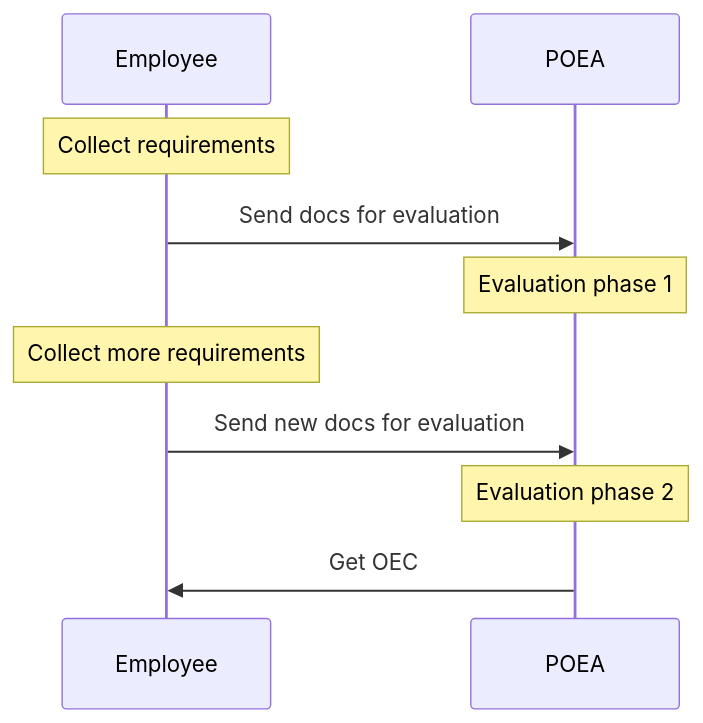
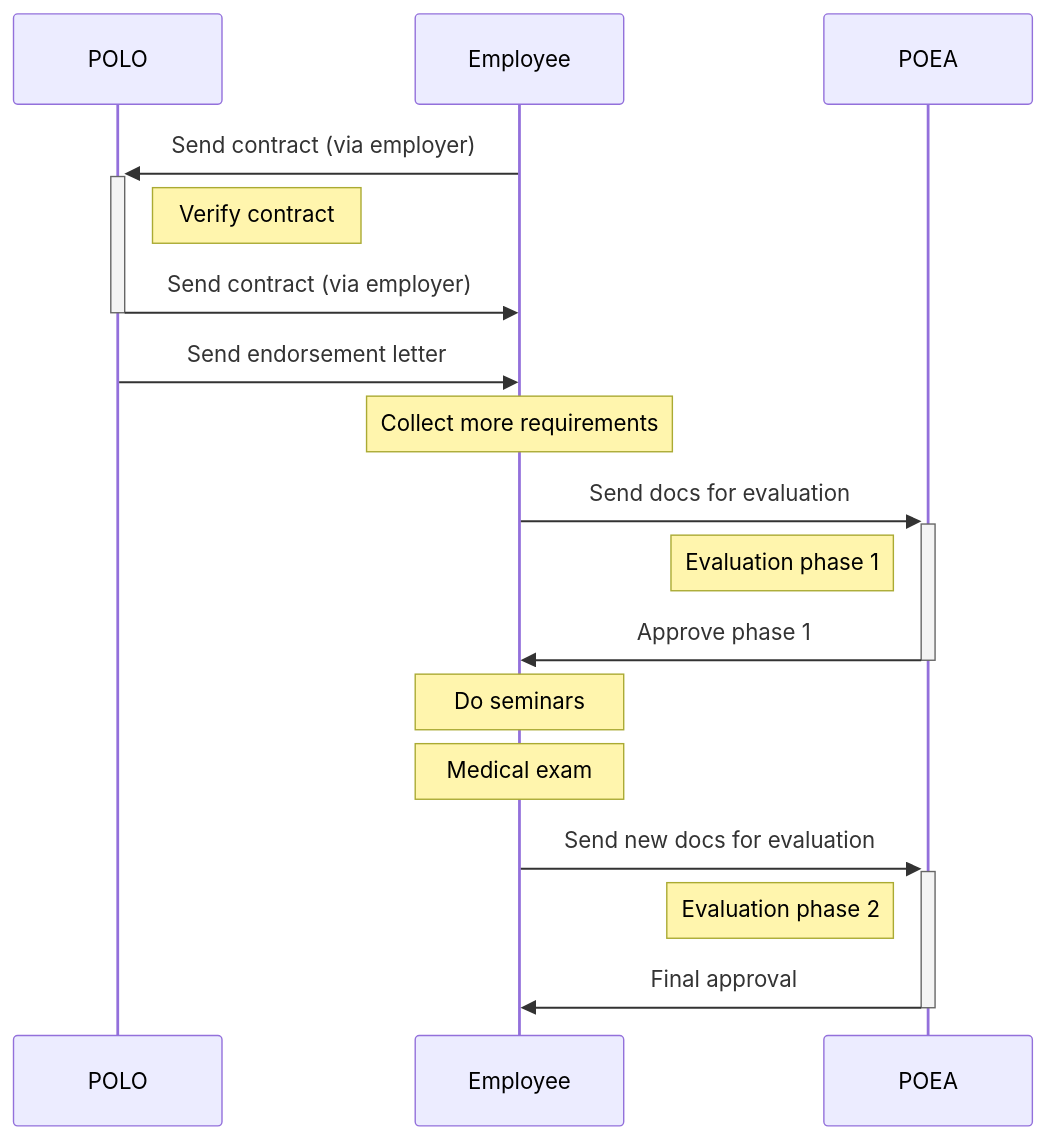
The diagram in docs/direct_hire.md (rstacruz/oec-guide), drawn with Mermaid before and after one commit. The commit also changed other lines of this file and 6 other files, not shown here.

````diff
--- a/docs/direct_hire.md
+++ b/docs/direct_hire.md
@@ -3,13 +12,22 @@
 ```mermaid
 sequenceDiagram
+  participant POLO as POLO
   participant Employee
-  participant POEA
+  participant POEA as POEA
 
-	Note over Employee: Collect requirements
-  Employee->>POEA: Send docs for evaluation
-	Note over POEA: Evaluation phase 1
-	Note over Employee: Collect more requirements
-  Employee->>POEA: Send new docs for evaluation
-	Note over POEA: Evaluation phase 2
-	POEA->>Employee: Get OEC
+    Employee->>+POLO: Send contract (via employer)
+    Note right of POLO: Verify contract
+    POLO->>-Employee: Send contract (via employer)
+    POLO->>Employee: Send endorsement letter
+
+    Note over Employee: Collect more requirements
+    Employee->>+POEA: Send docs for evaluation
+    Note left of POEA: Evaluation phase 1
+    POEA->>-Employee: Approve phase 1
+
+    Note over Employee: Do seminars
+    Note over Employee: Medical exam
+    Employee->>+POEA: Send new docs for evaluation
+    Note left of POEA: Evaluation phase 2
+    POEA->>-Employee: Final approval
 ```
````
